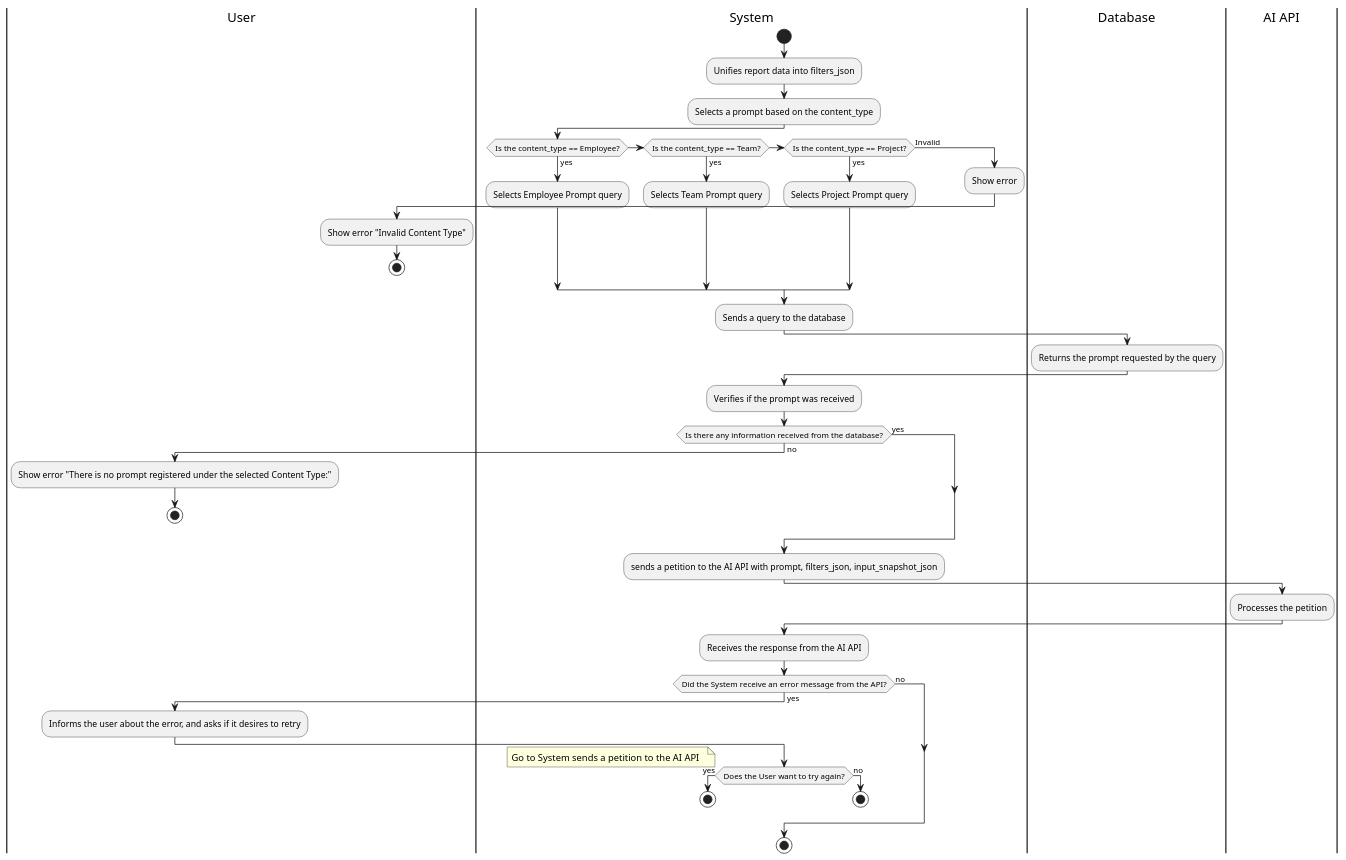
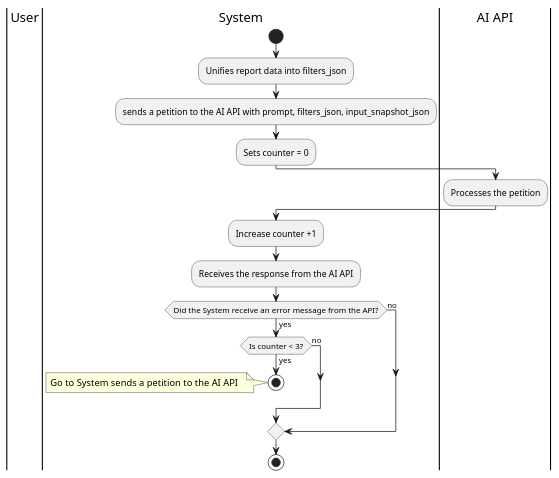
One commit to Berthou05/LimboSoftwareDevelopment_Change.org changed the diagram in documentation/activity_diagrams/REP-01-02-ActivityDiagram.puml. Above: the diagram before and after it, drawn with PlantUML. The commit also changed 1 other file, not shown here.

Commit message:
[DOCS]: Addition of Sequence Diagram - ADMIN-03

```diff
--- a/documentation/activity_diagrams/REP-01-02-ActivityDiagram.puml
+++ b/documentation/activity_diagrams/REP-01-02-ActivityDiagram.puml
@@ -1,61 +1,29 @@
 @startuml
 |User|
 |System|
 START
 :Unifies report data into filters_json;
-:Selects a prompt based on the content_type;
-
-if (Is the content_type == Employee?) is (yes) then
-:Selects Employee Prompt query;
-    else if (Is the content_type == Team?) is (yes) then
-        :Selects Team Prompt query;
-        else if (Is the content_type == Project?) is (yes) then
-        :Selects Project Prompt query;
-    else(Invalid)
-    :Show error;
-    |User|
-    :Show error "Invalid Content Type";
-    stop
-endif
-
-|System|
-:Sends a query to the database;
-|Database|
-:Returns the prompt requested by the query;
-
-|System|
-:Verifies if the prompt was received;
-if(Is there any information received from the database?) is (no) then
-  |User|
-  :Show error "There is no prompt registered under the selected Content Type:";
-  stop
-  |System|
-else(yes)
-endif
-
-label step15
 :sends a petition to the AI API with prompt, filters_json, input_snapshot_json;
+:Sets counter = 0;
 |AI API|
 :Processes the petition;
 |System|
+:Increase counter +1;
 :Receives the response from the AI API;
 if(Did the System receive an error message from the API?) is (yes) then
-  |User|
-  :Informs the user about the error, and asks if it desires to retry;
   |System|
-  if(Does the User want to try again?) is (yes) then
+  if(Is counter < 3?) is (yes) then
+  stop
   note left
     Go to System sends a petition to the AI API  
   end note
-  stop
   
   else(no)
-  stop
   endif
   |System|
 else(no)
 endif
 stop
 
 
 @enduml
```
